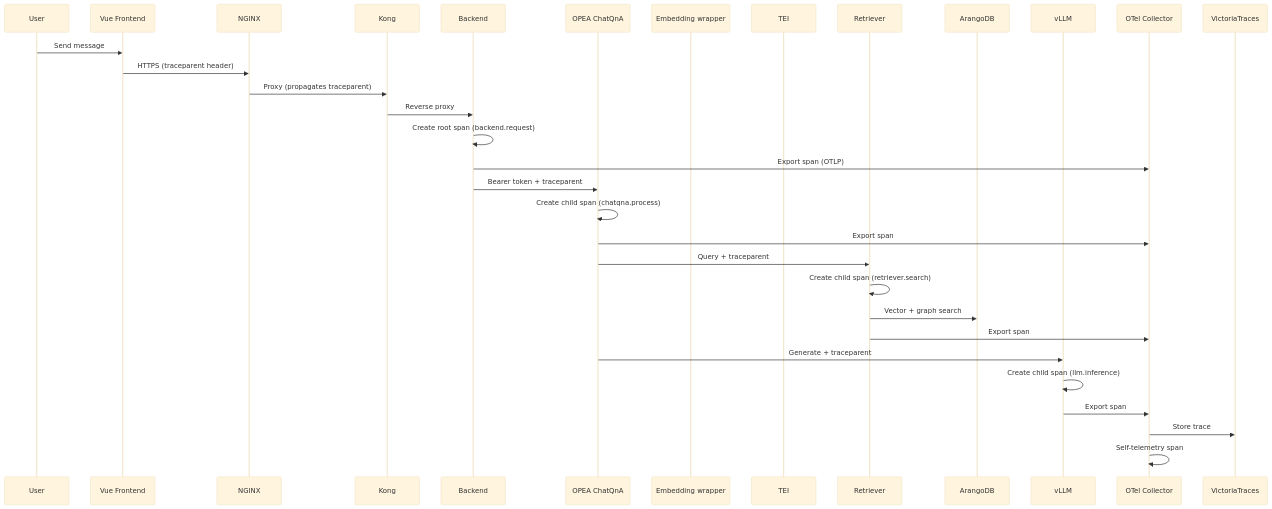
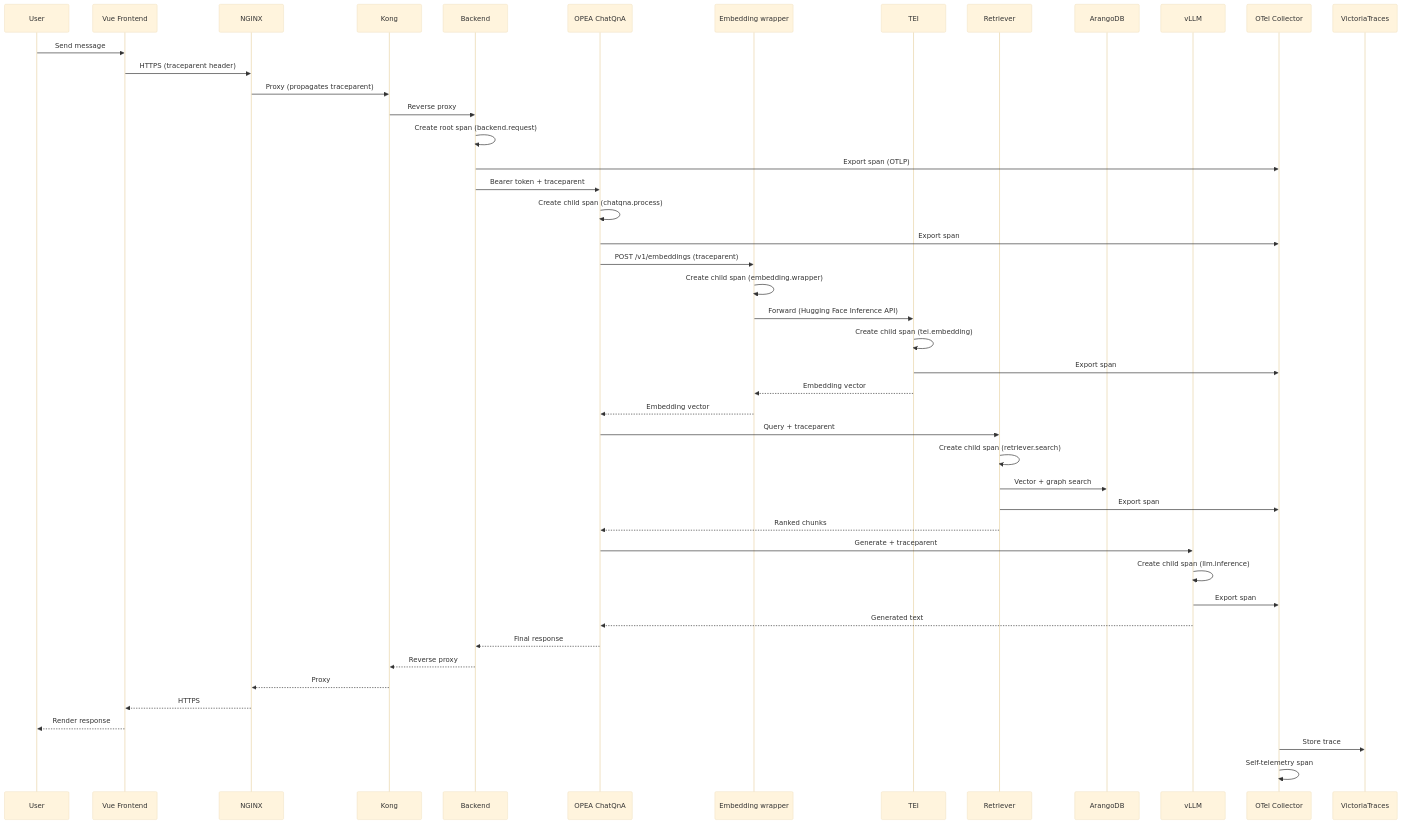
One commit to jrevillard/genie-ai-replica changed the fourth of 16 diagrams in site/content/en/docs/architecture/architecture.md. Above: the diagram before and after it, drawn with Mermaid (base theme). The commit also changed other lines of this file and 2 other files, not shown here.

````diff
--- a/site/content/en/docs/architecture/architecture.md
+++ b/site/content/en/docs/architecture/architecture.md
@@ -261,40 +264,56 @@
 ```mermaid
 sequenceDiagram
     participant User
     participant FE as Vue Frontend
     participant N as NGINX
     participant K as Kong
     participant BE as Backend
     participant ChatQnA as OPEA ChatQnA
     participant Emb as Embedding wrapper
     participant TEI as TEI
     participant Ret as Retriever
     participant ADB as ArangoDB
     participant LLM as vLLM
     participant Collector as OTel Collector
     participant VM as VictoriaTraces
 
     User->>FE: Send message
     FE->>N: HTTPS (traceparent header)
     N->>K: Proxy (propagates traceparent)
     K->>BE: Reverse proxy
     
     BE->>BE: Create root span (backend.request)
     BE->>Collector: Export span (OTLP)
     
     BE->>ChatQnA: Bearer token + traceparent
     ChatQnA->>ChatQnA: Create child span (chatqna.process)
     ChatQnA->>Collector: Export span
-    
+
+    ChatQnA->>Emb: POST /v1/embeddings (traceparent)
+    Emb->>Emb: Create child span (embedding.wrapper)
+    Emb->>TEI: Forward (Hugging Face Inference API)
+    TEI->>TEI: Create child span (tei.embedding)
+    TEI->>Collector: Export span
+    TEI-->>Emb: Embedding vector
+    Emb-->>ChatQnA: Embedding vector
+
     ChatQnA->>Ret: Query + traceparent
     Ret->>Ret: Create child span (retriever.search)
     Ret->>ADB: Vector + graph search
     Ret->>Collector: Export span
-    
+    Ret-->>ChatQnA: Ranked chunks
+
     ChatQnA->>LLM: Generate + traceparent
     LLM->>LLM: Create child span (llm.inference)
     LLM->>Collector: Export span
-    
+    LLM-->>ChatQnA: Generated text
+
+    ChatQnA-->>BE: Final response
+    BE-->>K: Reverse proxy
+    K-->>N: Proxy
+    N-->>FE: HTTPS
+    FE-->>User: Render response
+
     Collector->>VM: Store trace
     Collector->>Collector: Self-telemetry span
 ```
````
